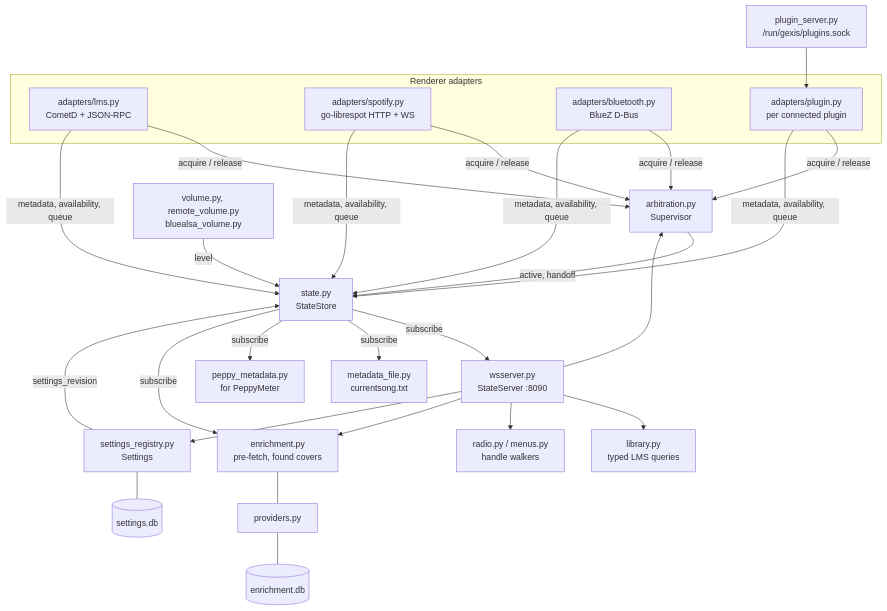
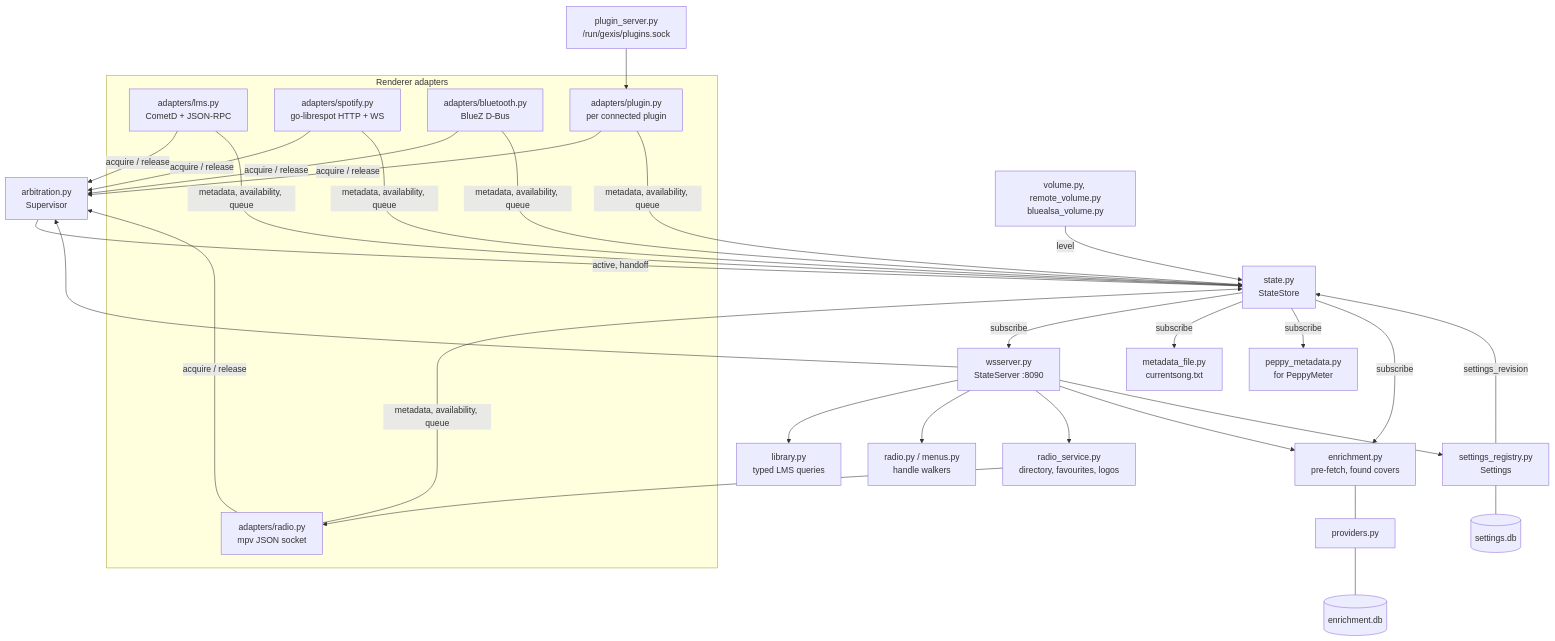
The first of 3 diagrams in docs/tech/core-and-state.md (gcarstoiu/gexis-player), drawn with Mermaid before and after one commit. The commit also changed other lines of this file and 7 other files, not shown here.

````diff
--- a/docs/tech/core-and-state.md
+++ b/docs/tech/core-and-state.md
@@ -46,26 +47,28 @@
 ```mermaid
 flowchart TB
   subgraph inputs[Renderer adapters]
     LMS[adapters/lms.py<br/>CometD + JSON-RPC]
     SP[adapters/spotify.py<br/>go-librespot HTTP + WS]
     BT[adapters/bluetooth.py<br/>BlueZ D-Bus]
     PA[adapters/plugin.py<br/>per connected plugin]
+    RA[adapters/radio.py<br/>mpv JSON socket]
   end
   PS[plugin_server.py<br/>/run/gexis/plugins.sock] --> PA
-  LMS & SP & BT & PA -- acquire / release --> SUP[arbitration.py<br/>Supervisor]
-  LMS & SP & BT & PA -- metadata, availability, queue --> ST[state.py<br/>StateStore]
+  LMS & SP & BT & PA & RA -- acquire / release --> SUP[arbitration.py<br/>Supervisor]
+  LMS & SP & BT & PA & RA -- metadata, availability, queue --> ST[state.py<br/>StateStore]
   SUP -- active, handoff --> ST
   VOL[volume.py, remote_volume.py<br/>bluealsa_volume.py] -- level --> ST
   SET[settings_registry.py<br/>Settings] -- settings_revision --> ST
   SET --- DB[(settings.db)]
   ST -- subscribe --> WS[wsserver.py<br/>StateServer :8090]
   ST -- subscribe --> MF[metadata_file.py<br/>currentsong.txt]
   ST -- subscribe --> PM[peppy_metadata.py<br/>for PeppyMeter]
   ST -- subscribe --> EN[enrichment.py<br/>pre-fetch, found covers]
   EN --- PR[providers.py] --- CACHE[(enrichment.db)]
   WS --> LIB[library.py<br/>typed LMS queries]
   WS --> RAD[radio.py / menus.py<br/>handle walkers]
+  WS --> RS[radio_service.py<br/>directory, favourites, logos] --> RA
   WS --> EN
   WS --> SET
   WS --> SUP
 ```
````
